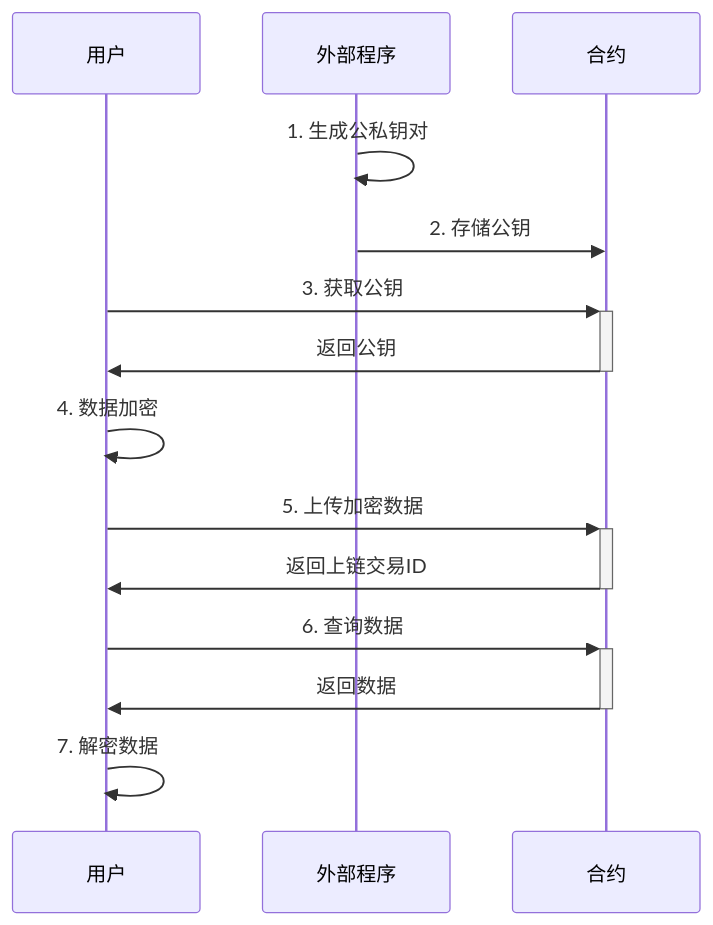
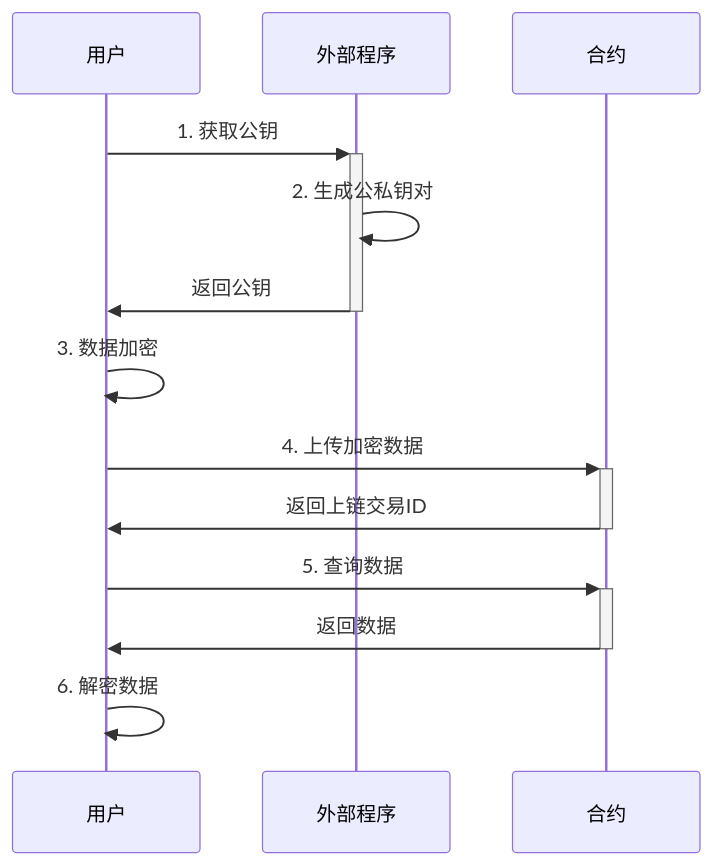
One commit to MoyunRz/store-data changed the third of 5 diagrams in doc/合约存取共享.md. Above: the diagram before and after it, drawn with Mermaid. The commit also changed other lines of this file and 3 other files, not shown here.

````diff
--- a/doc/合约存取共享.md
+++ b/doc/合约存取共享.md
@@ -48,18 +48,17 @@
 ```mermaid
 sequenceDiagram
     participant 用户
     participant 外部程序
     participant 合约
 
-    外部程序->>外部程序: 1. 生成公私钥对
-    外部程序->>合约: 2. 存储公钥
-    用户->>+合约: 3. 获取公钥
-    合约->>-用户: 返回公钥
-    用户->>用户: 4. 数据加密
-    用户->>+合约: 5. 上传加密数据
+    用户->>+外部程序: 1. 获取公钥
+    外部程序->>外部程序: 2. 生成公私钥对
+    外部程序->>-用户: 返回公钥
+    用户->>用户: 3. 数据加密
+    用户->>+合约: 4. 上传加密数据
     合约->>-用户: 返回上链交易ID
-    用户->>+合约: 6. 查询数据
+    用户->>+合约: 5. 查询数据
     合约->>-用户: 返回数据
-    用户->>用户: 7. 解密数据
+    用户->>用户: 6. 解密数据
    
 ```
````
